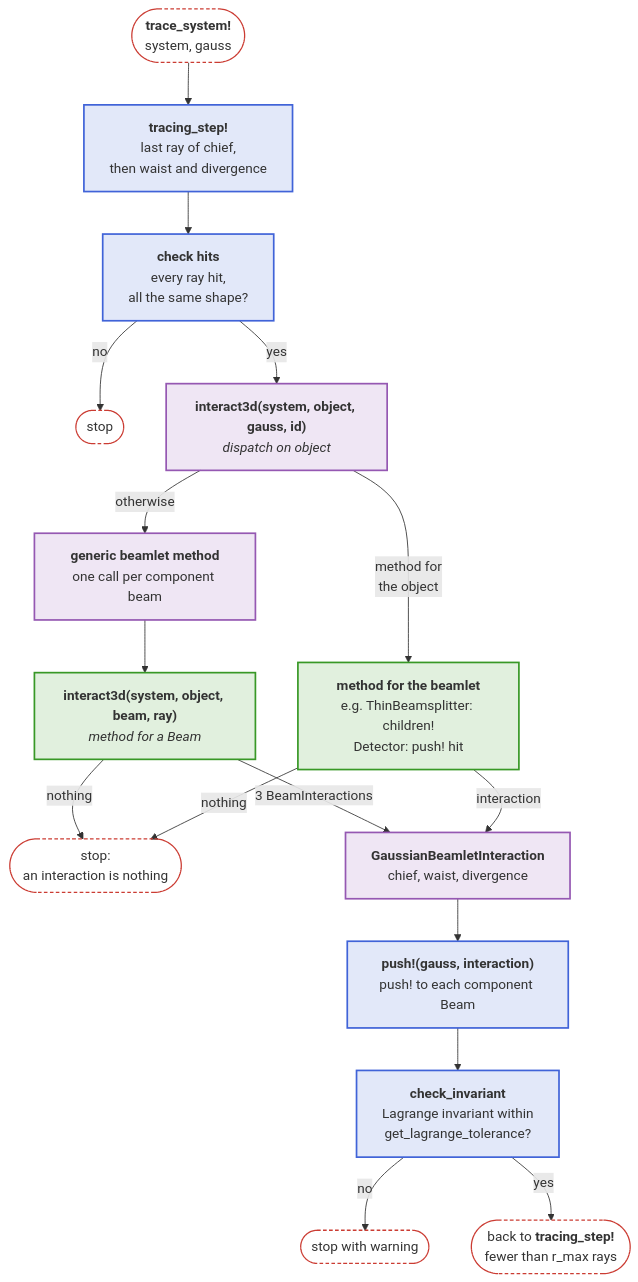
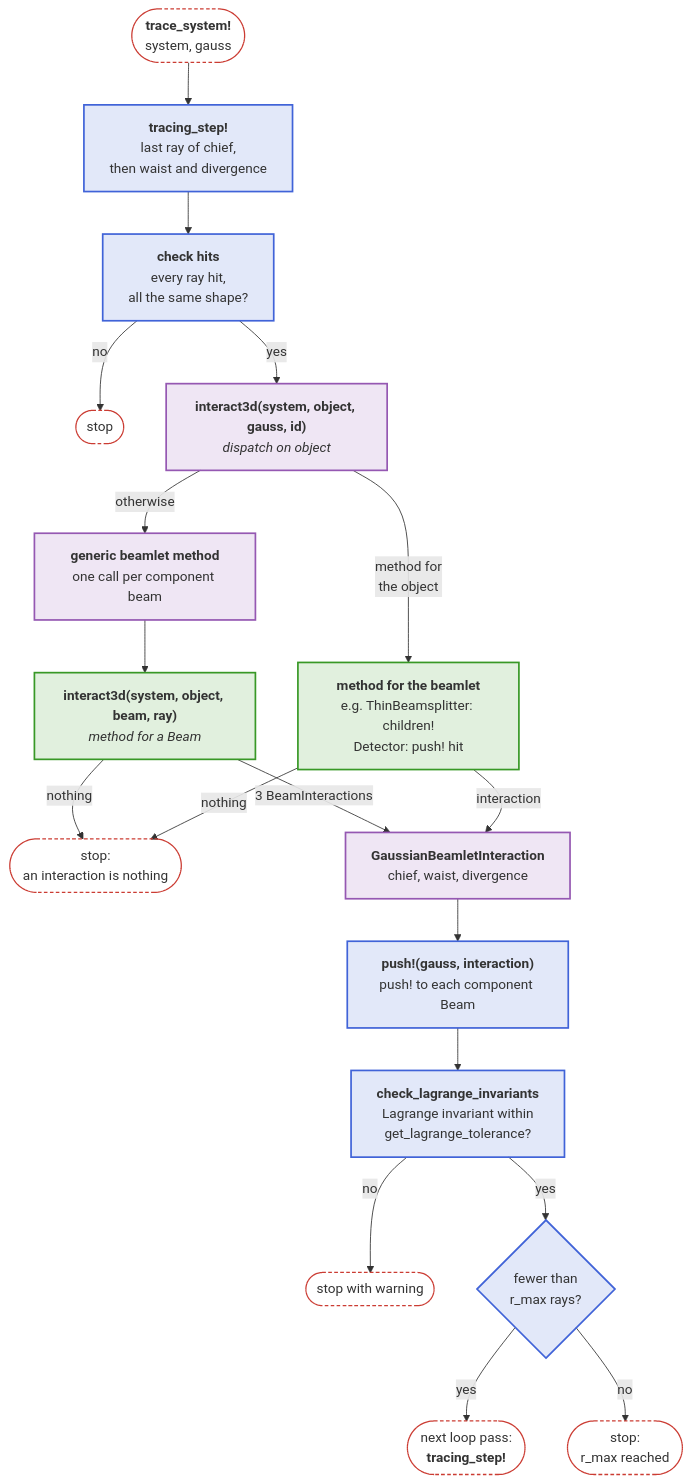
One commit to JuliaPhysics/BeamletOptics.jl changed the second of 4 diagrams in docs/src/api/beams.md. Above: the diagram before and after it, drawn with Mermaid. The commit also changed other lines of this file and 63 other files, not shown here.

First line of the commit message:
Docs: align docs and docstrings with the code, drop color legends of the diagrams

````diff
--- a/docs/src/api/beams.md
+++ b/docs/src/api/beams.md
@@ -39,40 +39,44 @@
 ```mermaid
 flowchart TB
     S(["<b>trace_system!</b><br/>system, gauss"])
     T["<b>tracing_step!</b><br/>last ray of chief,<br/>then waist and divergence"]
     C["<b>check hits</b><br/>every ray hit,<br/>all the same shape?"]
     E1(["stop"])
     I["<b>interact3d(system, object, gauss, id)</b><br/><i>dispatch on object</i>"]
     OWN["<b>method for the beamlet</b><br/>e.g. ThinBeamsplitter: children!<br/>Detector: push! hit"]
     GEN["<b>generic beamlet method</b><br/>one call per component beam"]
     CB["<b>interact3d(system, object, beam, ray)</b><br/><i>method for a Beam</i>"]
     E2(["stop:<br/>an interaction is nothing"])
     GBI["<b>GaussianBeamletInteraction</b><br/>chief, waist, divergence"]
     P["<b>push!(gauss, interaction)</b><br/>push! to each component Beam"]
-    K["<b>check_invariant</b><br/>Lagrange invariant within<br/>get_lagrange_tolerance?"]
+    K["<b>check_lagrange_invariants</b><br/>Lagrange invariant within<br/>get_lagrange_tolerance?"]
     E3(["stop with warning"])
-    AGAIN(["back to <b>tracing_step!</b><br/>fewer than r_max rays"])
+    RM{"fewer than<br/>r_max rays?"}
+    E4(["stop:<br/>r_max reached"])
+    AGAIN(["next loop pass:<br/><b>tracing_step!</b>"])
 
     S --> T --> C
     C -- no --> E1
     C -- yes --> I
     I -- "method for<br/>the object" --> OWN
     I -- otherwise --> GEN
     GEN --> CB
     CB -- nothing --> E2
     OWN -- nothing --> E2
     CB -- "3 BeamInteractions" --> GBI
     OWN -- interaction --> GBI
     GBI --> P --> K
     K -- no --> E3
-    K -- yes --> AGAIN
+    K -- yes --> RM
+    RM -- yes --> AGAIN
+    RM -- no --> E4
 
     classDef blue fill:#4063D826,stroke:#4063D8,stroke-width:2px
     classDef green fill:#38982626,stroke:#389826,stroke-width:2px
     classDef purple fill:#9558B226,stroke:#9558B2,stroke-width:2px
     classDef terminal fill:transparent,stroke:#CB3C33,stroke-width:1.5px,stroke-dasharray:4 3
-    class T,C,P,K blue
+    class T,C,P,K,RM blue
     class I,GEN,GBI purple
     class OWN,CB green
-    class S,E1,E2,E3,AGAIN terminal
+    class S,E1,E2,E3,E4,AGAIN terminal
 ```
````
